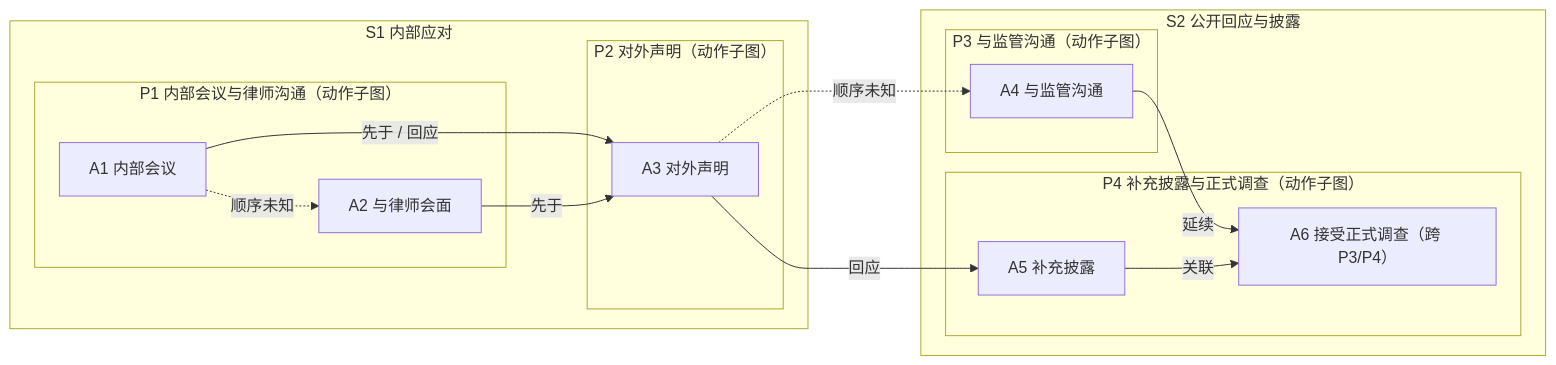
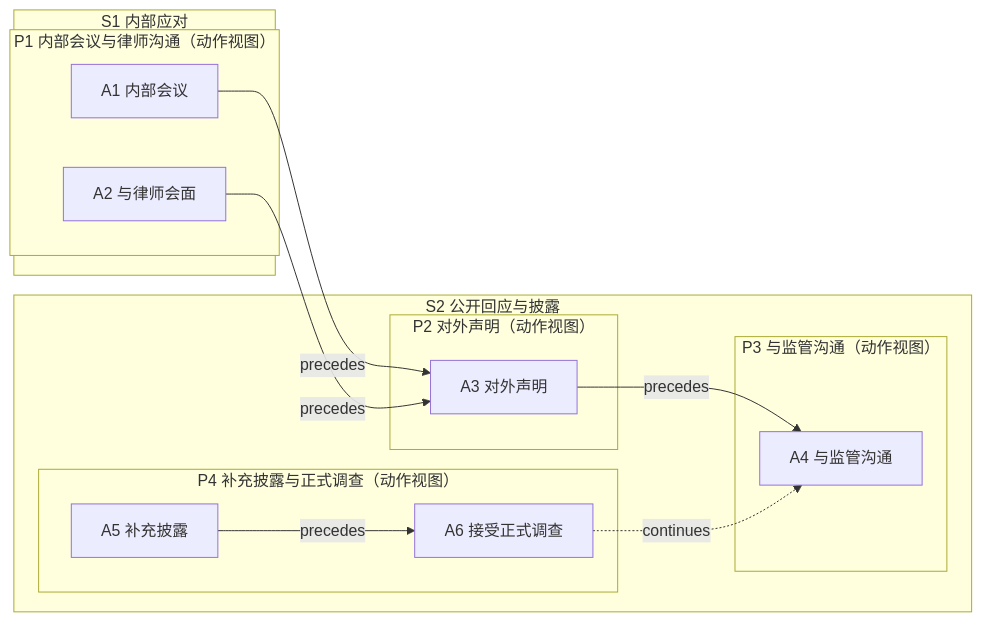
One commit to AgenticFinLab/FinMycelium changed the second of 2 diagrams in docs/structures/6-illustrative-example.md. Above: the diagram before and after it, drawn with Mermaid. The commit also changed other lines of this file and 8 other files, not shown here.

````diff
--- a/docs/structures/6-illustrative-example.md
+++ b/docs/structures/6-illustrative-example.md
@@ -87,28 +82,26 @@
 ```mermaid
 flowchart LR
     subgraph S1["S1 内部应对"]
-        subgraph P1["P1 内部会议与律师沟通（动作子图）"]
+        subgraph P1["P1 内部会议与律师沟通（动作视图）"]
             A1["A1 内部会议"]
             A2["A2 与律师会面"]
         end
-        subgraph P2["P2 对外声明（动作子图）"]
+    end
+    subgraph S2["S2 公开回应与披露"]
+        subgraph P2["P2 对外声明（动作视图）"]
             A3["A3 对外声明"]
         end
-    end
-    subgraph S2["S2 公开回应与披露"]
-        subgraph P3["P3 与监管沟通（动作子图）"]
+        subgraph P3["P3 与监管沟通（动作视图）"]
             A4["A4 与监管沟通"]
         end
-        subgraph P4["P4 补充披露与正式调查（动作子图）"]
+        subgraph P4["P4 补充披露与正式调查（动作视图）"]
             A5["A5 补充披露"]
-            A6["A6 接受正式调查（跨 P3/P4）"]
+            A6["A6 接受正式调查"]
         end
     end
-    A1 -.->|顺序未知| A2
-    A1 -->|先于 / 回应| A3
-    A2 -->|先于| A3
-    A3 -.->|顺序未知| A4
-    A3 -->|回应| A5
-    A4 -->|延续| A6
-    A5 -->|关联| A6
+    A1 -->|precedes| A3
+    A2 -->|precedes| A3
+    A3 -->|precedes| A4
+    A5 -->|precedes| A6
+    A6 -.->|continues| A4
 ```
````
